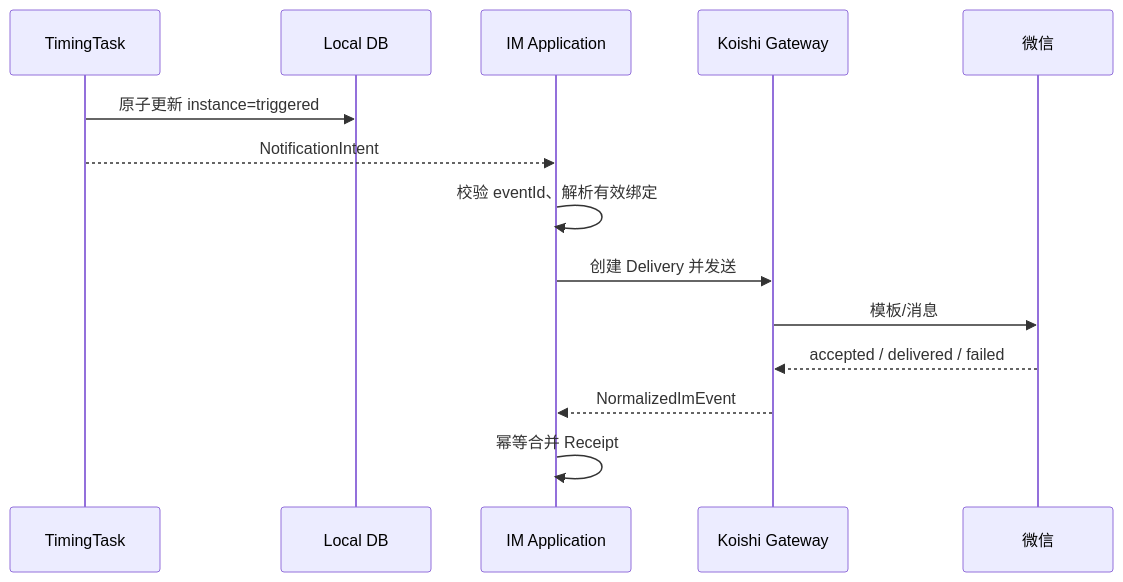
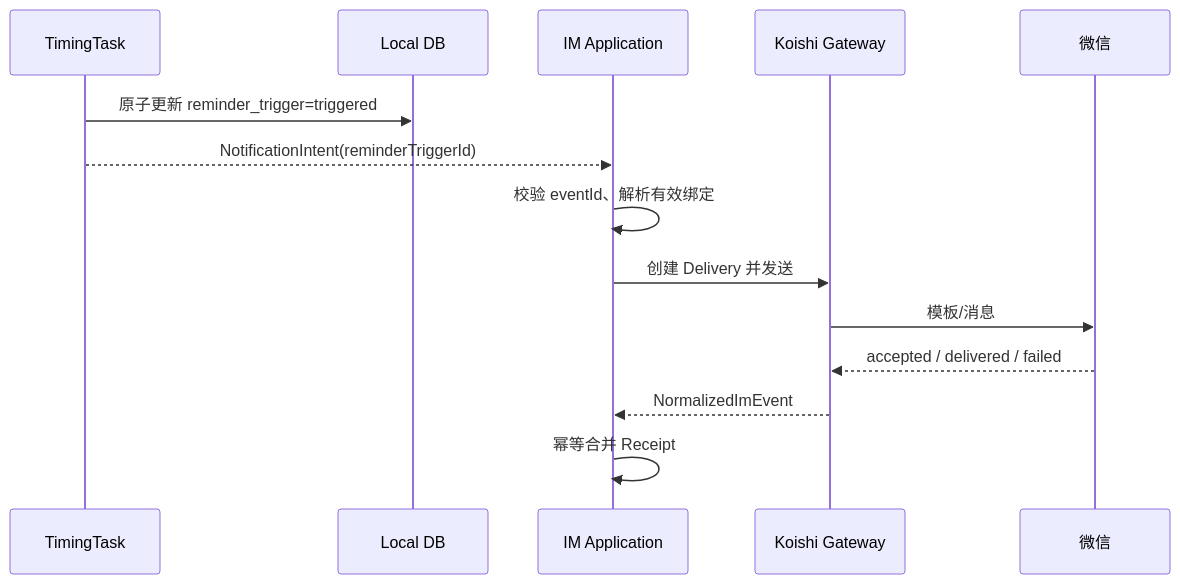
Before and after one commit to 1024XEngineer/VoiceLife: the second of 5 diagrams in docs/整体架构设计format.md, drawn with Mermaid. The commit also changed other lines of this file, not shown here.

First line of the commit message:
docs(arch): align VoiceLife architecture with module designs

````diff
--- a/docs/整体架构设计format.md
+++ b/docs/整体架构设计format.md
@@ -116,17 +118,17 @@
 ```mermaid
 sequenceDiagram
   participant T as TimingTask
   participant DB as Local DB
   participant IM as IM Application
   participant K as Koishi Gateway
   participant WX as 微信
 
-  T->>DB: 原子更新 instance=triggered
-  T-->>IM: NotificationIntent
+  T->>DB: 原子更新 reminder_trigger=triggered
+  T-->>IM: NotificationIntent(reminderTriggerId)
   IM->>IM: 校验 eventId、解析有效绑定
   IM->>K: 创建 Delivery 并发送
   K->>WX: 模板/消息
   WX-->>K: accepted / delivered / failed
   K-->>IM: NormalizedImEvent
   IM->>IM: 幂等合并 Receipt
 ```
````
